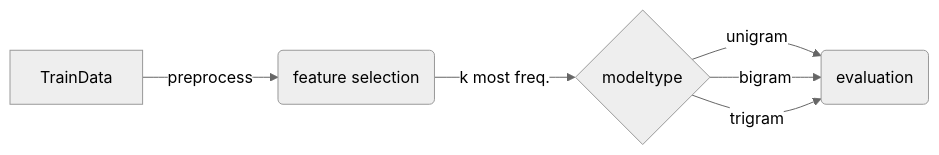
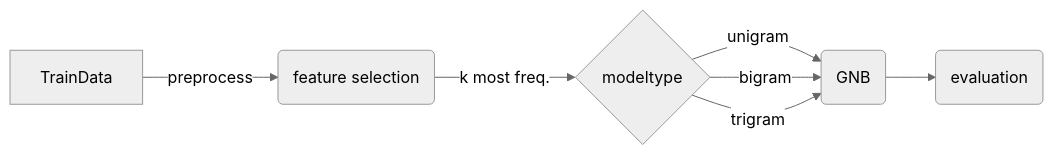
The second of 3 diagrams in README.md (XuAnn175/AI-Final), drawn with Mermaid (neutral theme) before and after one commit. The commit also changed other lines of this file, not shown here.

````diff
--- a/README.md
+++ b/README.md
@@ -31,8 +26,9 @@
 ```mermaid
 graph LR
     A[TrainData] -->|preprocess|B(feature selection)
     B --> |k most freq.|C{modeltype}
-    C --> |unigram|H(evaluation)
-    C --> |bigram|H(evaluation)
-    C --> |trigram|H(evaluation)
+    C --> |unigram|H(GNB)
+    C --> |bigram|H(GNB)
+    C --> |trigram|H(GNB)
+    H --> G(evaluation)
 ```
````
